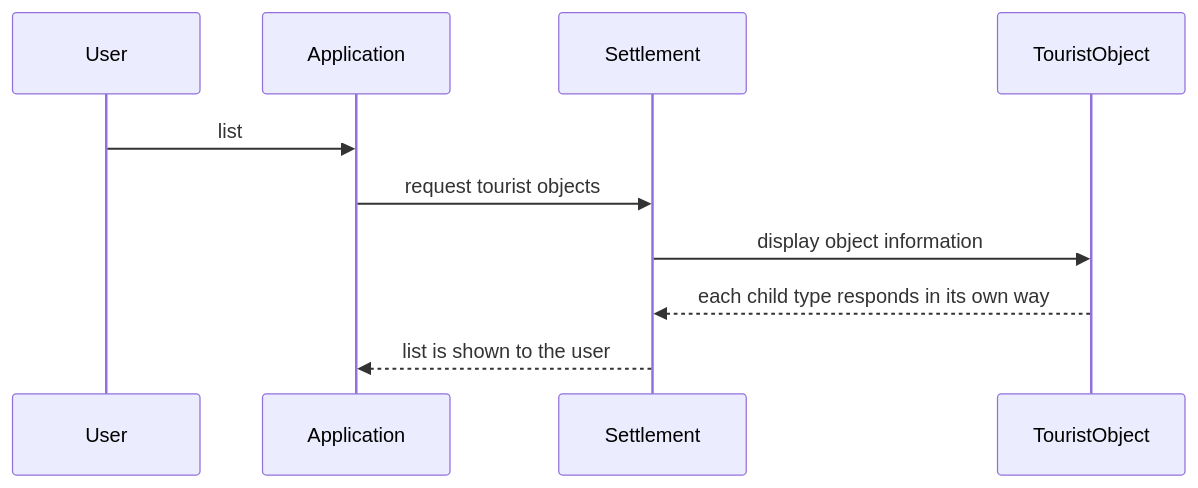
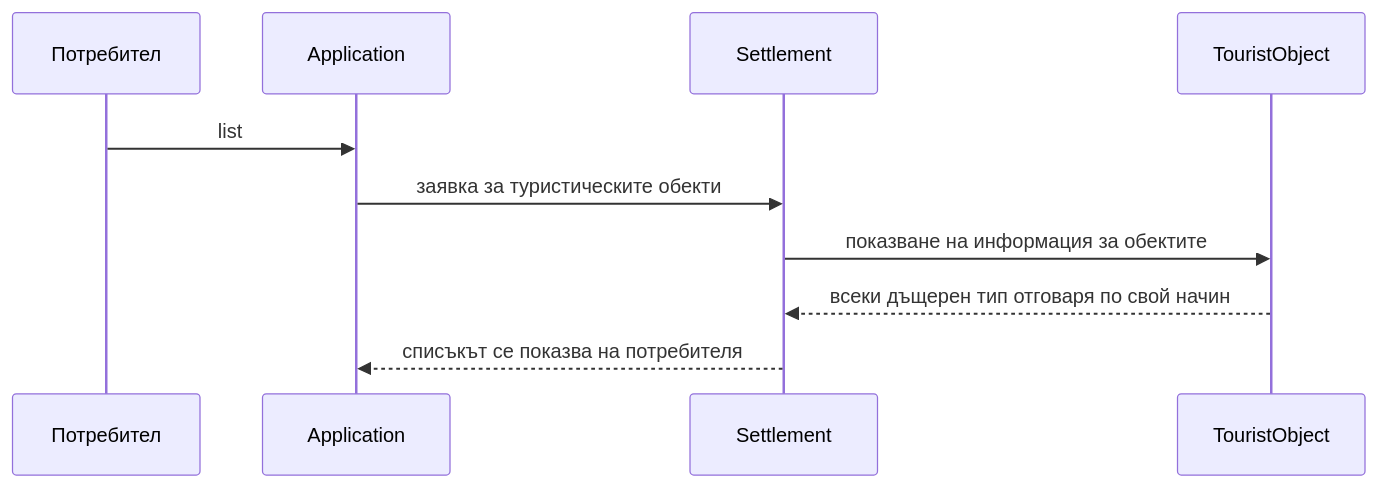
Before and after one commit to D3GG/VillageMap: the fourth of 5 diagrams in docs/villagemap_architecture.md, drawn with Mermaid. The commit also changed other lines of this file and 2 other files, not shown here.

````diff
--- a/docs/villagemap_architecture.md
+++ b/docs/villagemap_architecture.md
@@ -375,13 +377,13 @@
 ```mermaid
 sequenceDiagram
-    participant User
+    participant User as Потребител
     participant Application
     participant Settlement
     participant TouristObject
 
     User->>Application: list
-    Application->>Settlement: request tourist objects
-    Settlement->>TouristObject: display object information
-    TouristObject-->>Settlement: each child type responds in its own way
-    Settlement-->>Application: list is shown to the user
+    Application->>Settlement: заявка за туристическите обекти
+    Settlement->>TouristObject: показване на информация за обектите
+    TouristObject-->>Settlement: всеки дъщерен тип отговаря по свой начин
+    Settlement-->>Application: списъкът се показва на потребителя
 ```
````
